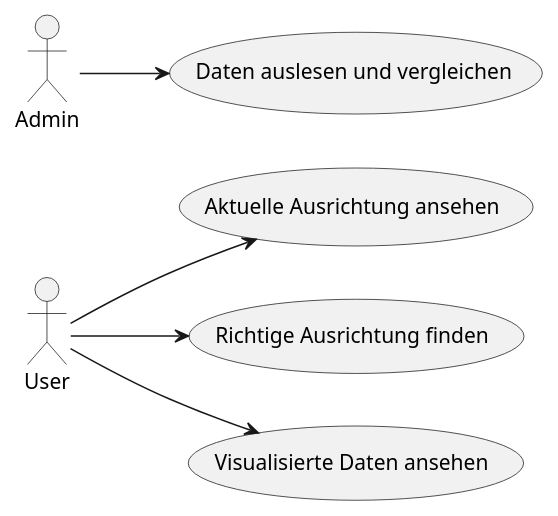
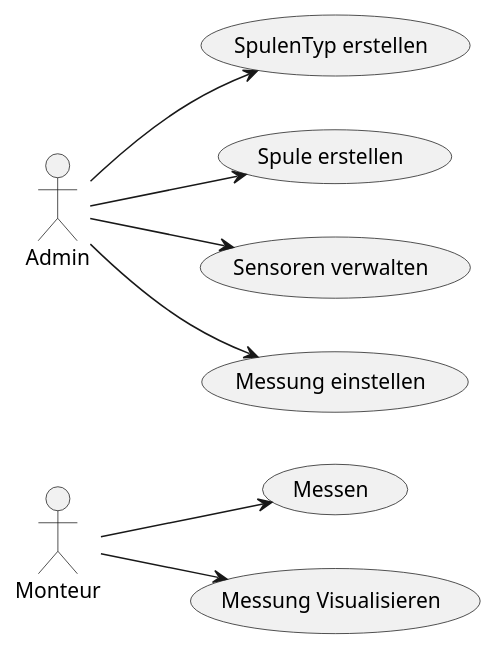
Before and after one commit to 2425-4chif-syp/01-projekte-2025-4chif-syp-trench: the diagram in asciidocs/docs/project-description/use-case.adoc, drawn with PlantUML.

Commit message:
#trench-40 organisation: erd-&-use-case-update In-Progress

```diff
--- a/asciidocs/docs/project-description/use-case.adoc
+++ b/asciidocs/docs/project-description/use-case.adoc
@@ -1,16 +1,18 @@
 [plantuml, format="svg"]
 ----
 @startuml
 left to right direction
 
-actor User
+actor Monteur
 actor Admin
 
-User --> (Aktuelle Ausrichtung ansehen)
-User --> (Richtige Ausrichtung finden)
-User --> (Visualisierte Daten ansehen)
+Monteur --> (Messen)
+Monteur --> (Messung Visualisieren)
 
-Admin --> (Daten auslesen und vergleichen)
+Admin --> (SpulenTyp erstellen)
+Admin --> (Spule erstellen)
+Admin --> (Sensoren verwalten)
+Admin --> (Messung einstellen)
 
 @enduml
 ----
```
